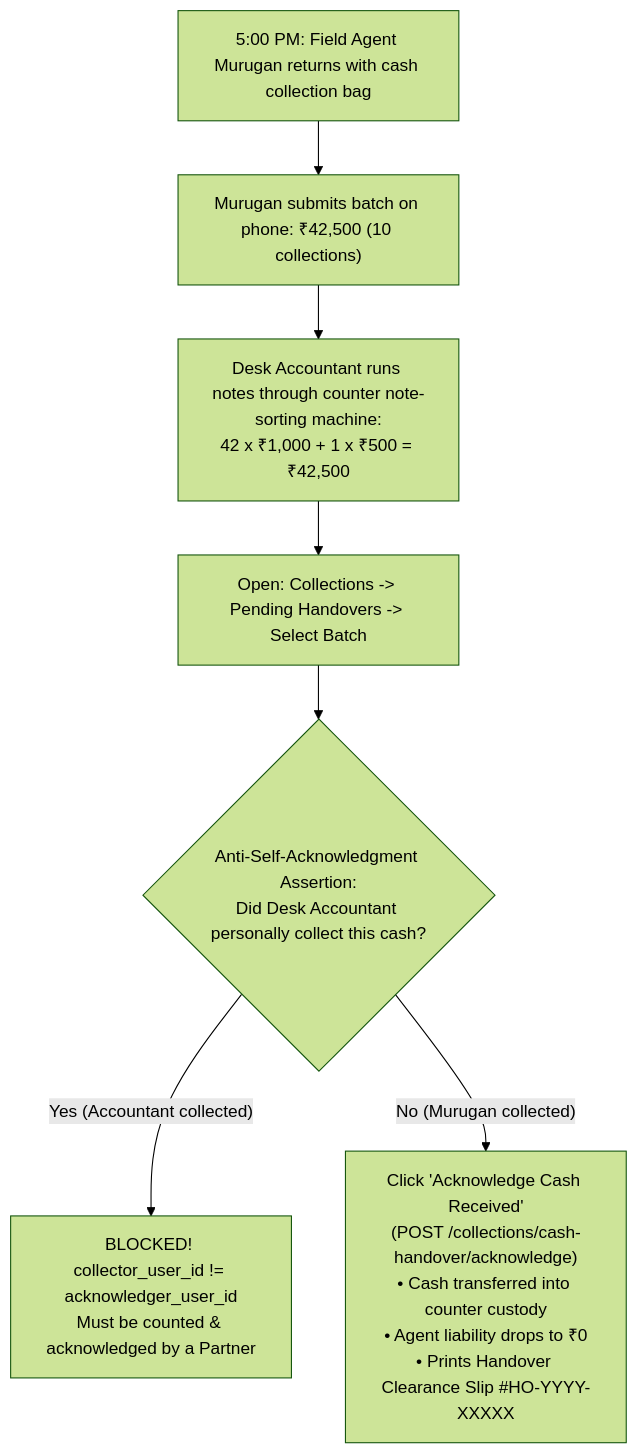
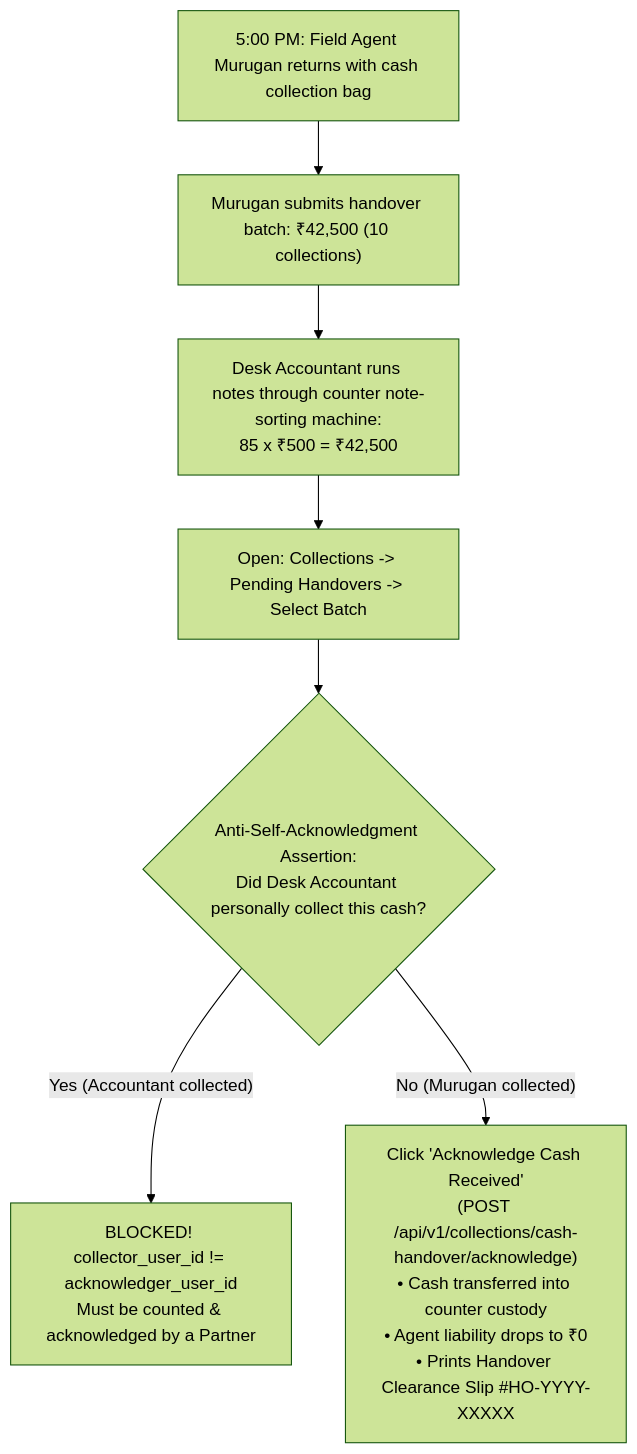
The ninth of 11 diagrams in docs/07-operations/user-manuals/accountant-desk-manual.md (Kathir-24/Kumaran-finance), drawn with Mermaid (forest theme) before and after one commit. The commit also changed other lines of this file and 4 other files, not shown here.

````diff
--- a/docs/07-operations/user-manuals/accountant-desk-manual.md
+++ b/docs/07-operations/user-manuals/accountant-desk-manual.md
@@ -241,9 +242,9 @@
 ```mermaid
 flowchart TD
-    AgentReturn["5:00 PM: Field Agent Murugan returns with cash collection bag"] --> HandoverSubmit["Murugan submits batch on phone: ₹42,500 (10 collections)"]
-    HandoverSubmit --> MachineVerify["Desk Accountant runs notes through counter note-sorting machine:\n42 x ₹1,000 + 1 x ₹500 = ₹42,500"]
+    AgentReturn["5:00 PM: Field Agent Murugan returns with cash collection bag"] --> HandoverSubmit["Murugan submits handover batch: ₹42,500 (10 collections)"]
+    HandoverSubmit --> MachineVerify["Desk Accountant runs notes through counter note-sorting machine:\n85 x ₹500 = ₹42,500"]
     MachineVerify --> OpenQueue["Open: Collections -> Pending Handovers -> Select Batch"]
     OpenQueue --> DualRoleCheck{"Anti-Self-Acknowledgment Assertion:\nDid Desk Accountant personally collect this cash?"}
     DualRoleCheck -- "Yes (Accountant collected)" --> Block["BLOCKED! collector_user_id != acknowledger_user_id\nMust be counted & acknowledged by a Partner"]
-    DualRoleCheck -- "No (Murugan collected)" --> ConfirmAck["Click 'Acknowledge Cash Received'\n(POST /collections/cash-handover/acknowledge)\n• Cash transferred into counter custody\n• Agent liability drops to ₹0\n• Prints Handover Clearance Slip #HO-YYYY-XXXXX"]
+    DualRoleCheck -- "No (Murugan collected)" --> ConfirmAck["Click 'Acknowledge Cash Received'\n(POST /api/v1/collections/cash-handover/acknowledge)\n• Cash transferred into counter custody\n• Agent liability drops to ₹0\n• Prints Handover Clearance Slip #HO-YYYY-XXXXX"]
 ```
````
